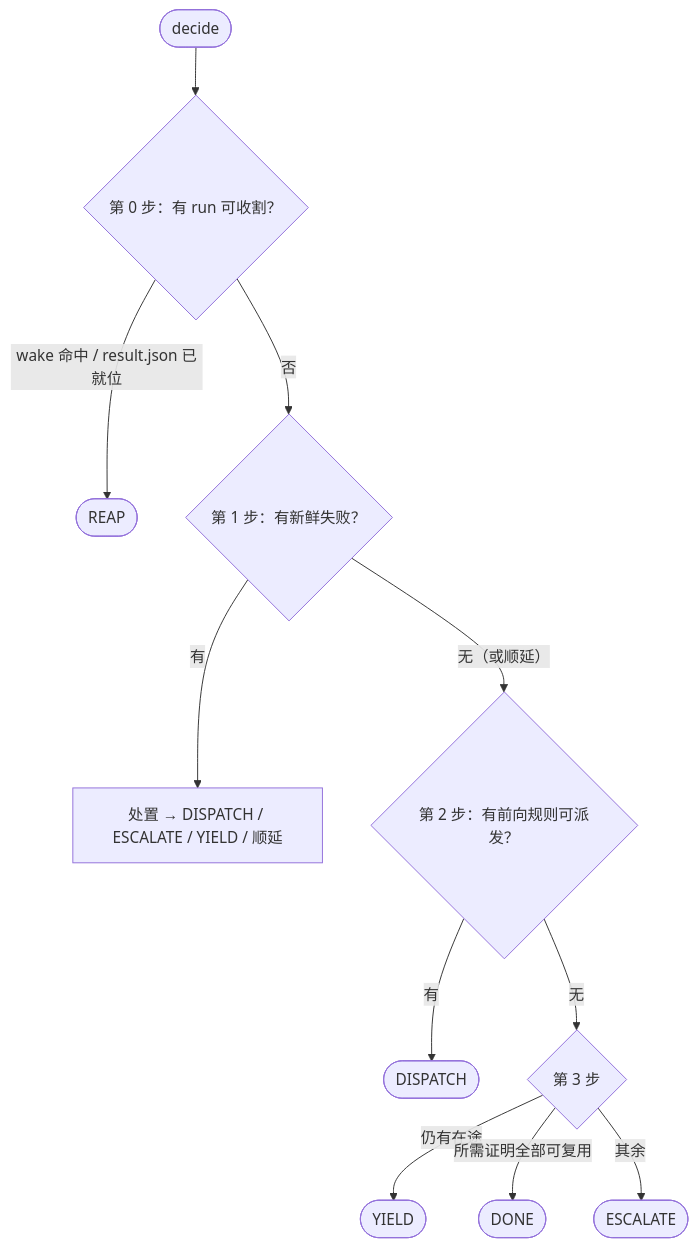
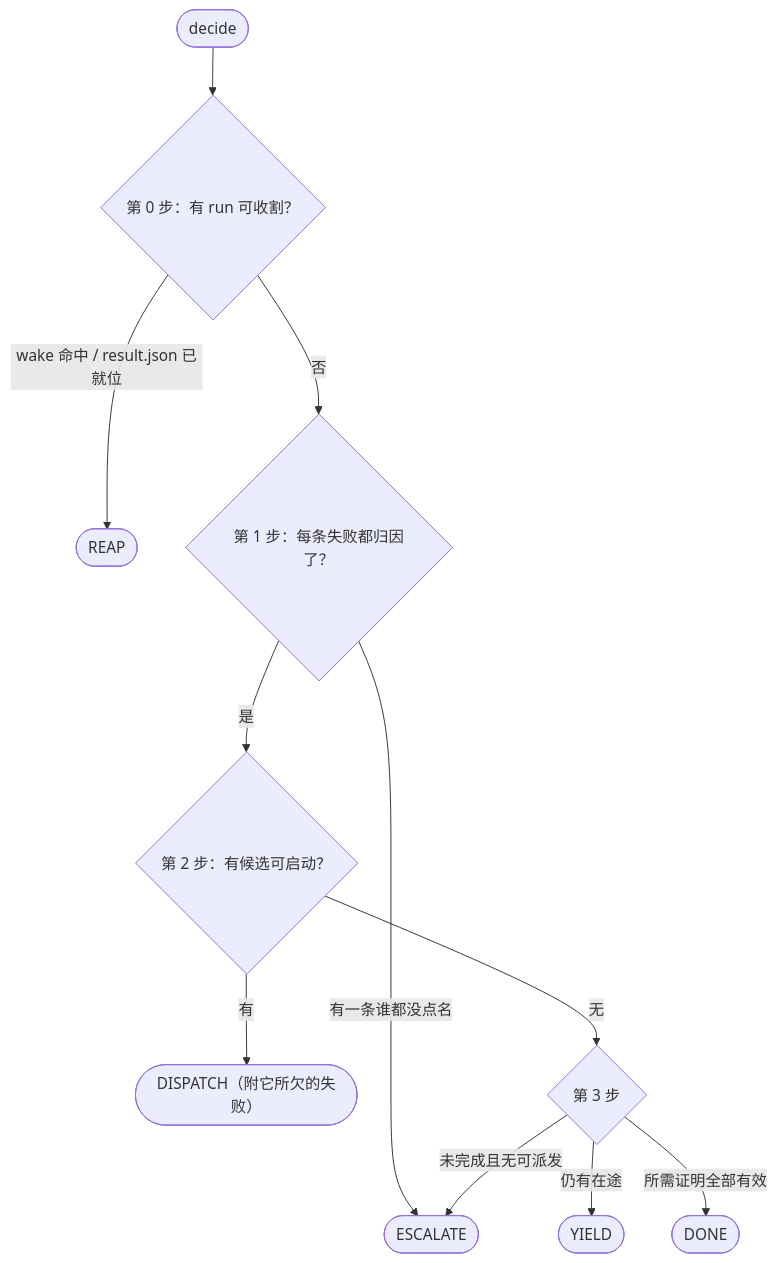
The diagram in ARCHITECTURE.zh.md (chipweaver/veripower), drawn with Mermaid before and after one commit. The commit also changed other lines of this file and 1 other file, not shown here.

````diff
--- a/ARCHITECTURE.zh.md
+++ b/ARCHITECTURE.zh.md
@@ -324,13 +324,13 @@
 ```mermaid
 flowchart TD
     W(["decide"]) --> S0{"第 0 步：有 run 可收割？"}
     S0 -- "wake 命中 / result.json 已就位" --> RP(["REAP"])
-    S0 -- 否 --> S1{"第 1 步：有新鲜失败？"}
-    S1 -- 有 --> DISP["处置 → DISPATCH / ESCALATE / YIELD / 顺延"]
-    S1 -- "无（或顺延）" --> S2{"第 2 步：有前向规则可派发？"}
-    S2 -- 有 --> DSP(["DISPATCH"])
+    S0 -- 否 --> S1{"第 1 步：每条失败都归因了？"}
+    S1 -- "有一条谁都没点名" --> ESC(["ESCALATE"])
+    S1 -- 是 --> S2{"第 2 步：有候选可启动？"}
+    S2 -- 有 --> DSP(["DISPATCH（附它所欠的失败）"])
     S2 -- 无 --> S3{"第 3 步"}
     S3 -- "仍有在途" --> Y(["YIELD"])
-    S3 -- "所需证明全部可复用" --> DONE(["DONE"])
-    S3 -- 其余 --> ESC(["ESCALATE"])
+    S3 -- "所需证明全部有效" --> DONE(["DONE"])
+    S3 -- "未完成且无可派发" --> ESC
 ```
````
